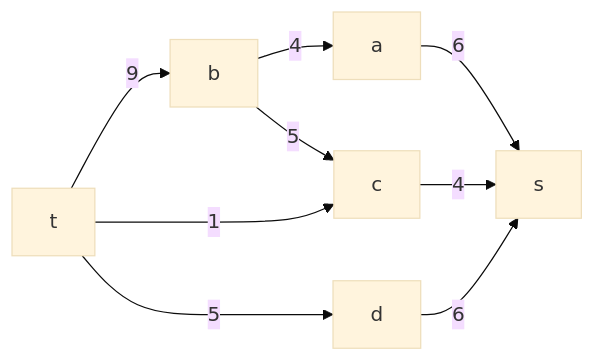
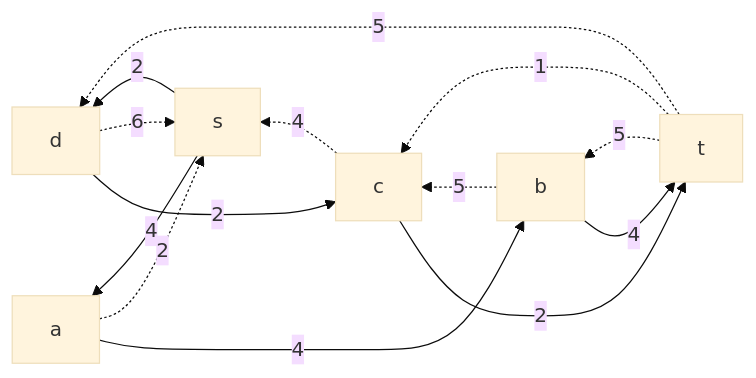
One commit to hse-algo-24-owl/manual-tasks-owl changed the fifth of 11 diagrams in task-9/catsVSalgos_V2.md. Above: the diagram before and after it, drawn with Mermaid (base theme). The commit also changed other lines of this file, not shown here.

````diff
--- a/task-9/catsVSalgos_V2.md
+++ b/task-9/catsVSalgos_V2.md
@@ -73,11 +97,18 @@
 ```mermaid
-graph LR
-    t-->|9|b
-    t-->|1|c
-    t-->|5|d
-    b-->|4|a
-    b-->|5|c
-    c-->|4|s
-    d-->|6|s
-    a-->|6|s
+graph RL
+    t-.->|5|b
+    t-.->|1|c
+    t-.->|5|d
+    b-.->|5|c
+    c-.->|4|s
+    d-.->|6|s
+    a-.->|2|s
+
+    s-->|2|d
+    d-->|2|c
+    c-->|2|t
+
+    s-->|4|a
+    a-->|4|b
+    b-->|4|t
 ```
````
